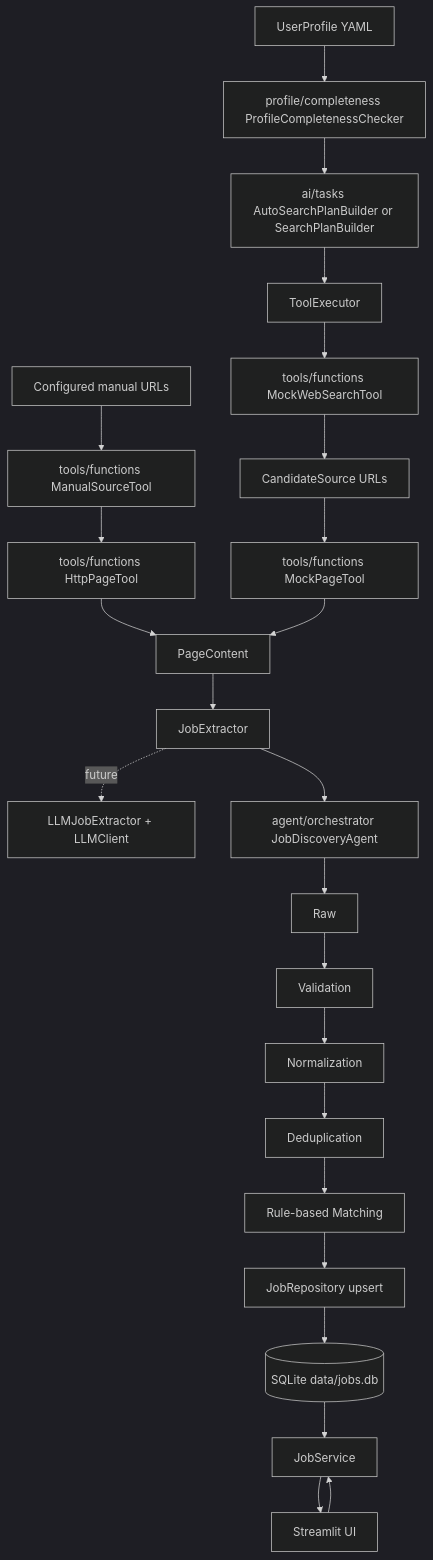
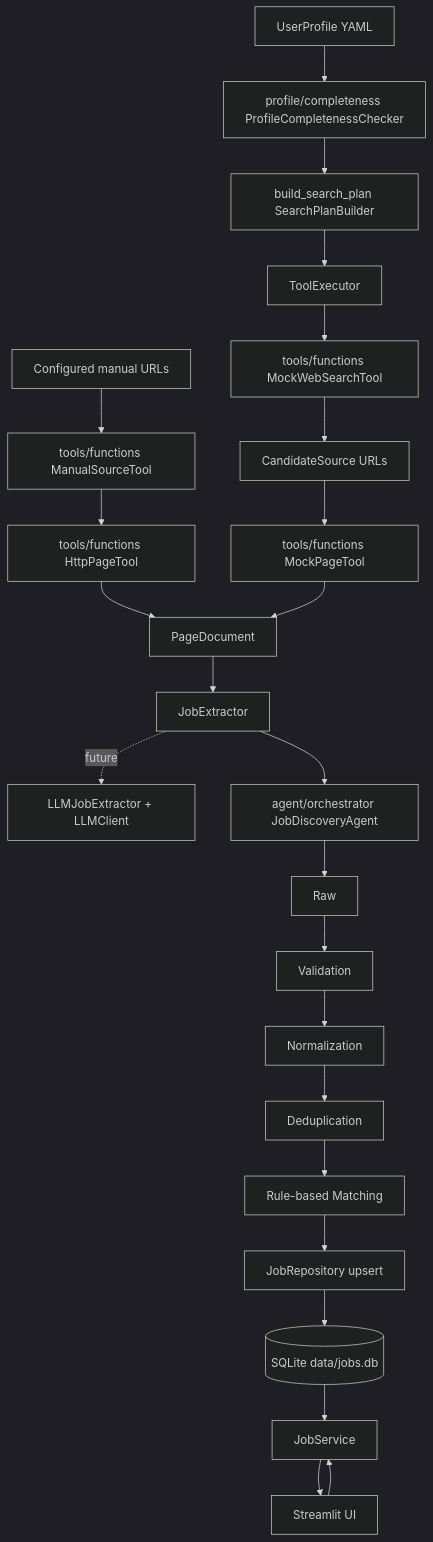
One commit to fyinran-netizen/job_search_radar changed the diagram in docs/architecture.md. Above: the diagram before and after it, drawn with Mermaid (dark theme). The commit also changed other lines of this file and 63 other files, not shown here.

````diff
--- a/docs/architecture.md
+++ b/docs/architecture.md
@@ -18,26 +18,26 @@
 ```mermaid
 flowchart TD
     Profile[UserProfile YAML] --> Check[profile/completeness ProfileCompletenessChecker]
-    Check --> Plan[ai/tasks AutoSearchPlanBuilder or SearchPlanBuilder]
+    Check --> Plan[build_search_plan SearchPlanBuilder]
     Plan --> Executor[ToolExecutor]
     Executor --> Search[tools/functions MockWebSearchTool]
     Search --> Sources[CandidateSource URLs]
     Sources --> PageTool[tools/functions MockPageTool]
     ManualSources[Configured manual URLs] --> ManualTool[tools/functions ManualSourceTool]
     ManualTool --> HttpPageTool[tools/functions HttpPageTool]
     HttpPageTool --> Pages
-    PageTool --> Pages[PageContent]
+    PageTool --> Pages[PageDocument]
     Pages --> Extract[JobExtractor]
     Extract -. future .-> LLMExtract[LLMJobExtractor + LLMClient]
     Extract --> Agent[agent/orchestrator JobDiscoveryAgent]
     Agent --> Raw
     Raw --> Validation[Validation]
     Validation --> Normalization[Normalization]
     Normalization --> Deduplication[Deduplication]
     Deduplication --> Matching[Rule-based Matching]
     Matching --> Repository[JobRepository upsert]
     Repository --> SQLite[(SQLite data/jobs.db)]
     SQLite --> JobService[JobService]
     JobService --> Streamlit[Streamlit UI]
     Streamlit --> JobService
 ```
````
